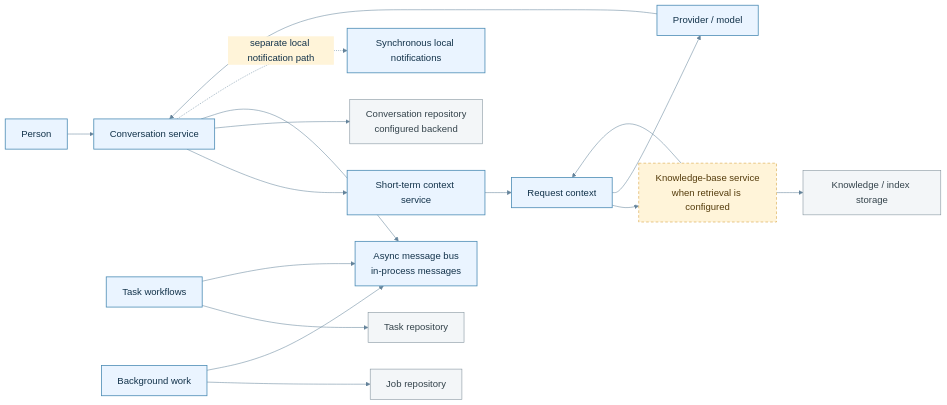
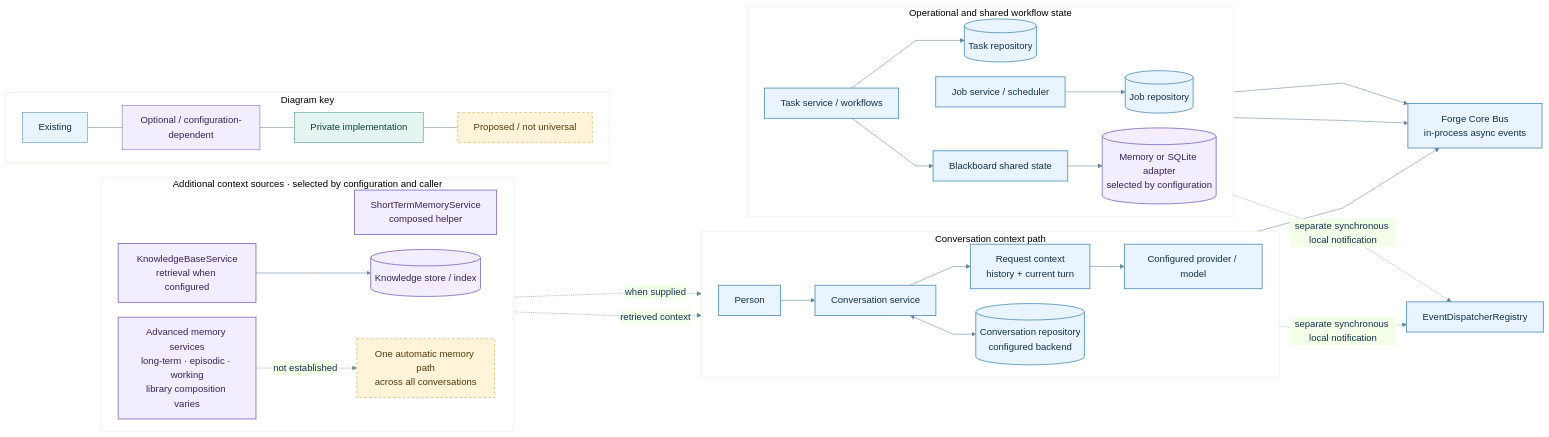
Before and after one commit to ForgeWireLabs/ForgeWire-Overview: the diagram in assets/diagrams/context-and-state.mmd, drawn with Mermaid. The commit also changed 21 other files, not shown here.

```diff
--- a/assets/diagrams/context-and-state.mmd
+++ b/assets/diagrams/context-and-state.mmd
@@ -1,24 +1,57 @@
-%% Mermaid source for context-and-state.svg. Store selection and feature availability are configuration-dependent.
-%%{init: {"theme":"base","themeVariables":{"fontFamily":"Segoe UI, Arial, sans-serif","fontSize":"18px","primaryColor":"#eaf4ff","primaryTextColor":"#12324a","primaryBorderColor":"#4c8cb5","lineColor":"#64839a","secondaryColor":"#fff4d9","tertiaryColor":"#f3f6f8","background":"#ffffff"}}}%%
+%% Conversation history, short-term context, memory libraries, knowledge, workflow state, and events have distinct owners.
+%% Long-term memory components and retrieval backends are not available in every runtime configuration.
+%%{init: {"theme":"base","themeVariables":{"fontFamily":"Arial, sans-serif","fontSize":"18px","primaryColor":"#eaf4ff","primaryTextColor":"#12324a","primaryBorderColor":"#4c8cb5","lineColor":"#64839a","background":"#ffffff"},"flowchart":{"nodeSpacing":28,"rankSpacing":40,"curve":"linear"}}}%%
 flowchart LR
-  Person["Person"] --> Conversation["Conversation service"]
-  Conversation --> STM["Short-term context service"]
-  Conversation --> History["Conversation repository<br/>configured backend"]
-  STM --> Context["Request context"]
-  Context --> Knowledge["Knowledge-base service<br/>when retrieval is configured"]
-  Knowledge --> KStore["Knowledge / index storage"]
-  Knowledge --> Context
-  Context --> Model["Provider / model"]
-  Model --> Conversation
-  Task["Task workflows"] --> TStore["Task repository"]
-  Job["Background work"] --> JStore["Job repository"]
-  Conversation --> Bus["Async message bus<br/>in-process messages"]
-  Task --> Bus
-  Job --> Bus
-  Conversation -. "separate local notification path" .-> Local["Synchronous local notifications"]
-  classDef current fill:#eaf4ff,stroke:#4c8cb5,color:#12324a,stroke-width:1.5px;
-  classDef optional fill:#fff4d9,stroke:#d49a31,color:#543b0b,stroke-dasharray:5 4;
-  classDef store fill:#f3f6f8,stroke:#7a8b96,color:#34434b;
-  class Person,Conversation,STM,Context,Model,Task,Job,Bus,Local current;
-  class Knowledge optional;
-  class History,KStore,TStore,JStore store;
+  subgraph ConversationPath["Conversation context path"]
+    direction LR
+    Person["Person"] --> Conversation["Conversation service"]
+    Conversation --> Context["Request context<br/>history + current turn"]
+    Context --> Provider["Configured provider / model"]
+    Conversation <--> History[("Conversation repository<br/>configured backend")]
+  end
+
+  subgraph ContextSources["Additional context sources · selected by configuration and caller"]
+    direction LR
+    ShortTerm["ShortTermMemoryService<br/>composed helper"]
+    Knowledge["KnowledgeBaseService<br/>retrieval when configured"] --> KStore[("Knowledge store / index")]
+    Memory["Advanced memory services<br/>long-term · episodic · working<br/>library composition varies"]
+    Universal["One automatic memory path<br/>across all conversations"]
+    Memory -. "not established" .-> Universal
+  end
+  ShortTerm -. "when supplied" .-> Context
+  Knowledge -. "retrieved context" .-> Context
+
+  subgraph OperationalState["Operational and shared workflow state"]
+    direction LR
+    Tasks["Task service / workflows"] --> TStore[("Task repository")]
+    Jobs["Job service / scheduler"] --> JStore[("Job repository")]
+    Tasks --> Board["Blackboard shared state"]
+    Board --> BoardStore[("Memory or SQLite adapter<br/>selected by configuration")]
+  end
+
+  Conversation --> Bus["Forge Core Bus<br/>in-process async events"]
+  Tasks --> Bus
+  Jobs --> Bus
+  Conversation -. "separate synchronous local notification" .-> Notify["EventDispatcherRegistry"]
+  Tasks -. "separate synchronous local notification" .-> Notify
+
+  subgraph Legend["Diagram key"]
+    direction LR
+    L1["Existing"] --- L2["Optional / configuration-dependent"] --- L3["Private implementation"] --- L4["Proposed / not universal"]
+  end
+
+  classDef existing fill:#eaf4ff,stroke:#4c8cb5,color:#12324a,stroke-width:1.5px;
+  classDef optional fill:#f2edff,stroke:#8063bf,color:#38255b,stroke-width:1.5px;
+  classDef private fill:#e4f4f0,stroke:#3c9182,color:#123f39,stroke-width:1.5px;
+  classDef proposed fill:#fff4d9,stroke:#d49a31,color:#543b0b,stroke-dasharray:5 4;
+  class Person,Conversation,Context,Provider,History,Tasks,TStore,Jobs,JStore,Board,Bus,Notify existing;
+  class ShortTerm,Knowledge,KStore,Memory,BoardStore optional;
+  class Universal proposed;
+  classDef legendExisting fill:#eaf4ff,stroke:#4c8cb5,color:#12324a;
+  classDef legendOptional fill:#f2edff,stroke:#8063bf,color:#38255b;
+  classDef legendPrivate fill:#e4f4f0,stroke:#3c9182,color:#123f39;
+  classDef legendProposed fill:#fff4d9,stroke:#d49a31,color:#543b0b,stroke-dasharray:5 4;
+  class L1 legendExisting;
+  class L2 legendOptional;
+  class L3 legendPrivate;
+  class L4 legendProposed;
```
